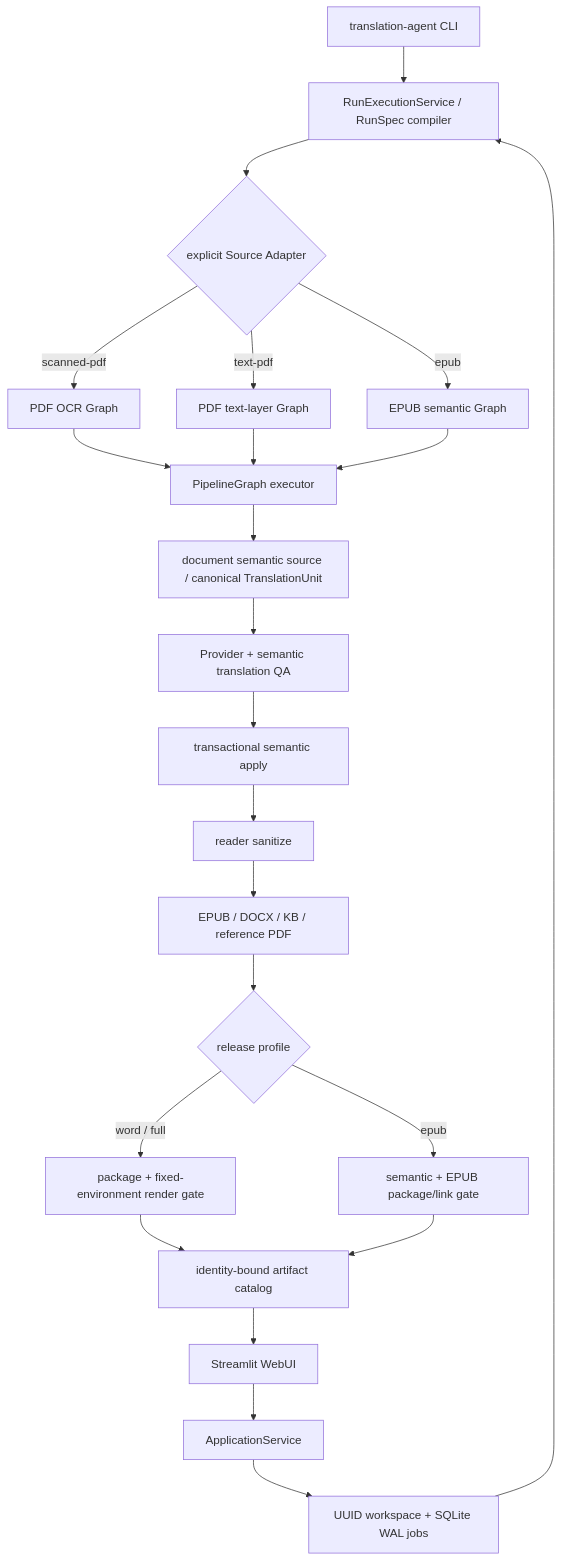
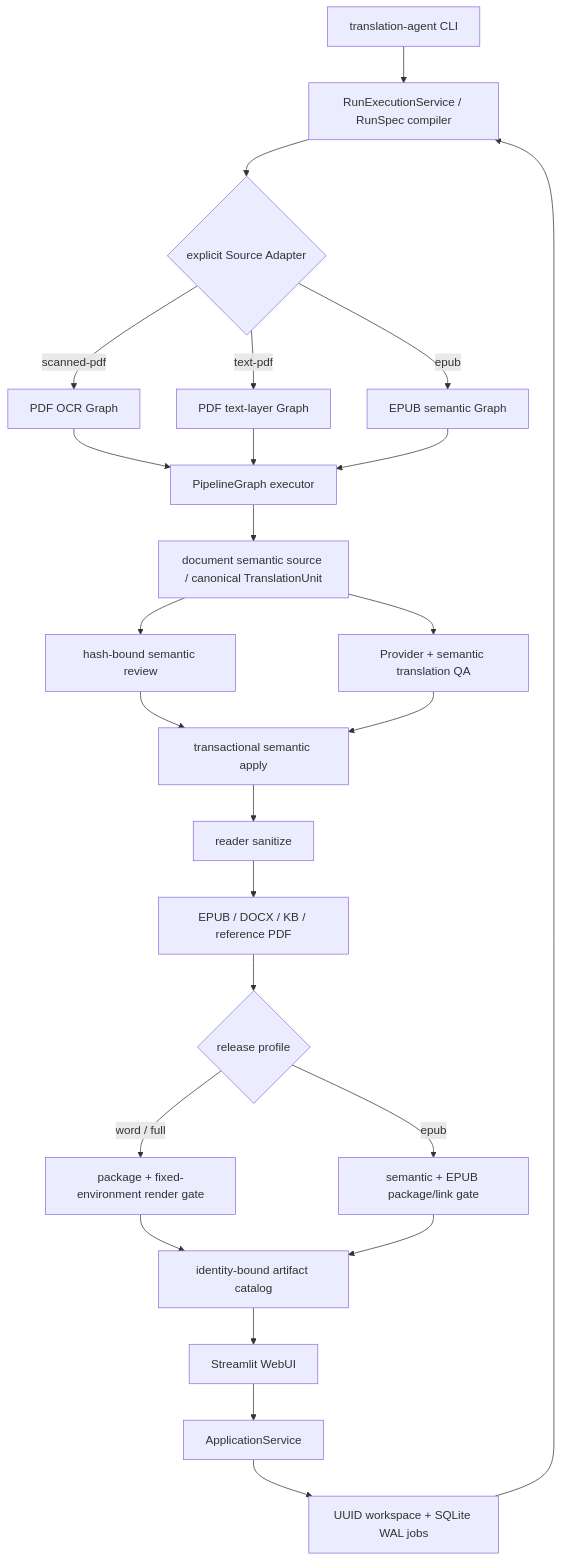
Before and after one commit to 693623649-border/translation-agent: the diagram in docs/product-architecture.md, drawn with Mermaid. The commit also changed other lines of this file and 31 other files, not shown here.

First line of the commit message:
feat: add hash-bound semantic review decisions

````diff
--- a/docs/product-architecture.md
+++ b/docs/product-architecture.md
@@ -8,25 +8,27 @@
 ```mermaid
 flowchart TB
     CLI["translation-agent CLI"] --> RUN["RunExecutionService / RunSpec compiler"]
     UI["Streamlit WebUI"] --> APP["ApplicationService"]
     APP --> JOBS["UUID workspace + SQLite WAL jobs"]
     JOBS --> RUN
     RUN --> ADAPTER{"explicit Source Adapter"}
     ADAPTER -->|"scanned-pdf"| OCR["PDF OCR Graph"]
     ADAPTER -->|"text-pdf"| TEXT["PDF text-layer Graph"]
     ADAPTER -->|"epub"| EPUB["EPUB semantic Graph"]
     OCR --> DAG["PipelineGraph executor"]
     TEXT --> DAG
     EPUB --> DAG
     DAG --> SOURCE["document semantic source / canonical TranslationUnit"]
+    SOURCE --> REVIEW["hash-bound semantic review"]
     SOURCE --> TRANSLATE["Provider + semantic translation QA"]
-    TRANSLATE --> APPLY["transactional semantic apply"]
+    REVIEW --> APPLY["transactional semantic apply"]
+    TRANSLATE --> APPLY
     APPLY --> SANITIZE["reader sanitize"]
     SANITIZE --> PUBLISH["EPUB / DOCX / KB / reference PDF"]
     PUBLISH --> VERIFY{"release profile"}
     VERIFY -->|"word / full"| RENDER["package + fixed-environment render gate"]
     VERIFY -->|"epub"| EPUBVERIFY["semantic + EPUB package/link gate"]
     RENDER --> CATALOG["identity-bound artifact catalog"]
     EPUBVERIFY --> CATALOG
     CATALOG --> UI
 ```
````
